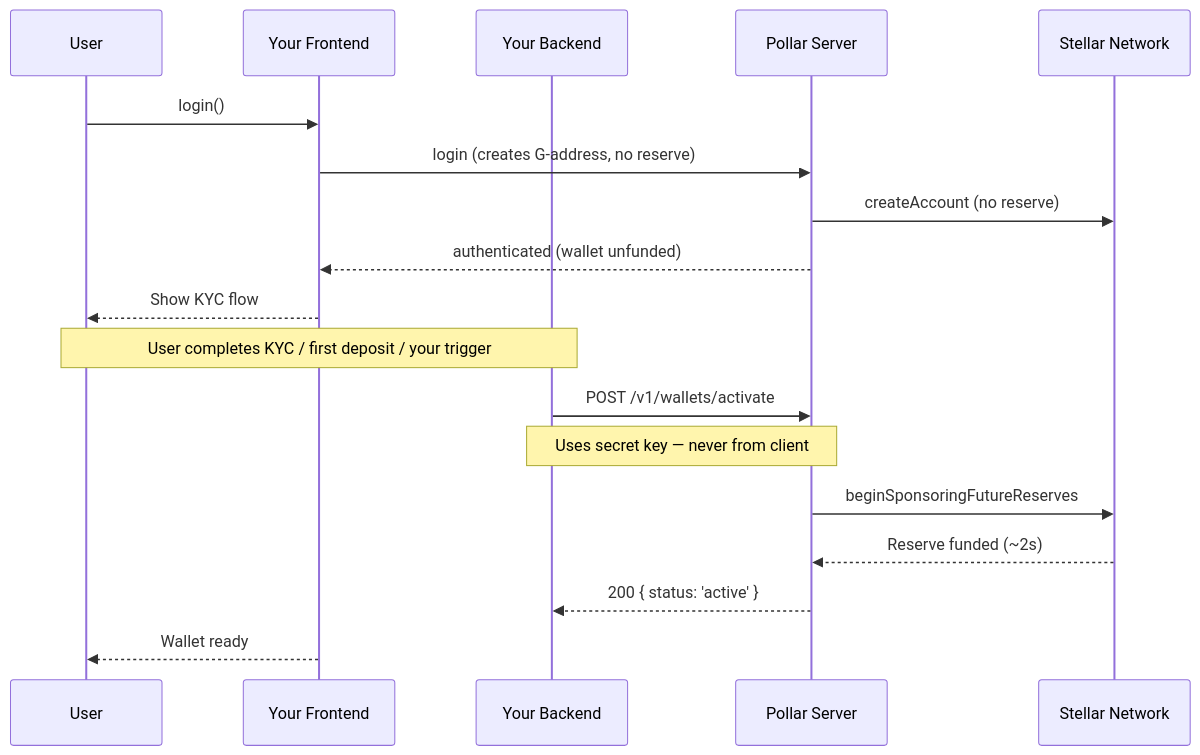
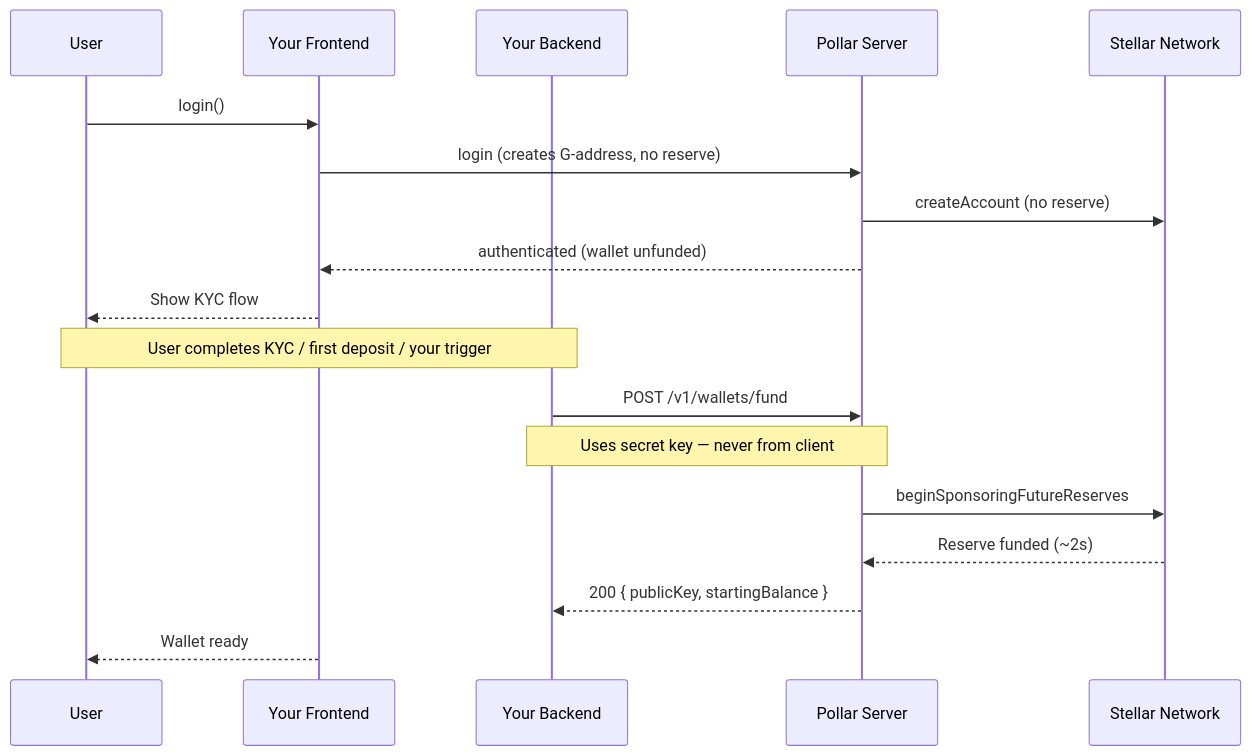
The diagram in docs/guides/deferred-flow-guide.md (pollar-xyz/pollar-docs), drawn with Mermaid before and after one commit. The commit also changed other lines of this file and 16 other files, not shown here.

````diff
--- a/docs/guides/deferred-flow-guide.md
+++ b/docs/guides/deferred-flow-guide.md
@@ -21,23 +21,23 @@
 ```mermaid
 sequenceDiagram
     participant User
     participant Frontend as Your Frontend
     participant Backend as Your Backend
     participant Pollar as Pollar Server
     participant Stellar as Stellar Network
 
     User->>Frontend: login()
     Frontend->>Pollar: login (creates G-address, no reserve)
     Pollar->>Stellar: createAccount (no reserve)
     Pollar-->>Frontend: authenticated (wallet unfunded)
     Frontend-->>User: Show KYC flow
 
     Note over User,Backend: User completes KYC / first deposit / your trigger
 
-    Backend->>Pollar: POST /v1/wallets/activate
+    Backend->>Pollar: POST /v1/wallets/fund
     Note over Backend,Pollar: Uses secret key — never from client
     Pollar->>Stellar: beginSponsoringFutureReserves
     Stellar-->>Pollar: Reserve funded (~2s)
-    Pollar-->>Backend: 200 { status: 'active' }
+    Pollar-->>Backend: 200 { publicKey, startingBalance }
     Frontend-->>User: Wallet ready
 ```
````
